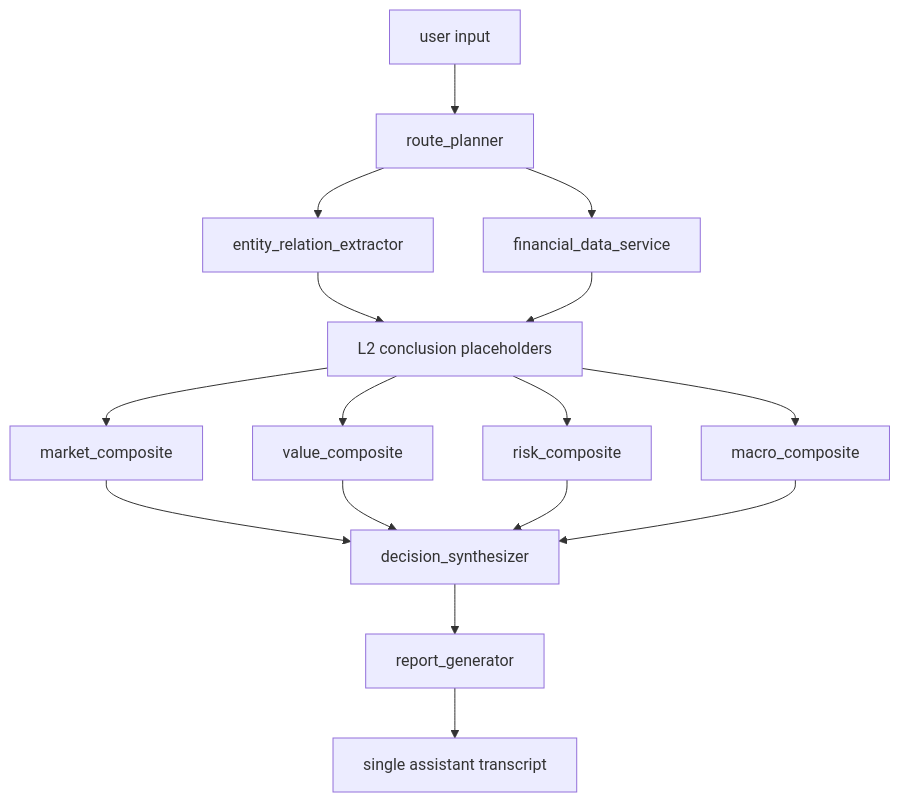
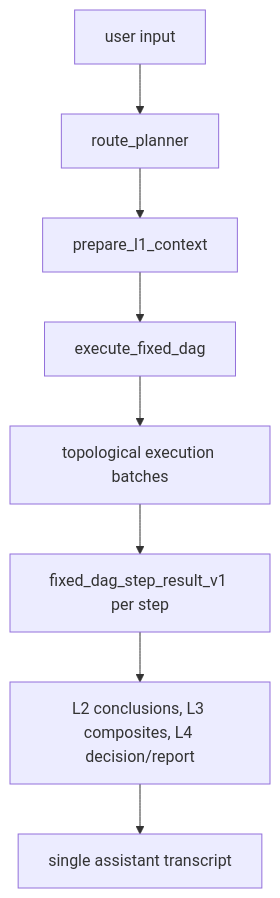
Before and after one commit to leephenix565/langgraph-my-agent: the diagram in docs/ARCHITECTURE_FIXED_DAG.md, drawn with Mermaid. The commit also changed other lines of this file and 32 other files, not shown here.

Commit message:
refactor(reset): add plan-driven fixed dag execution

````diff
--- a/docs/ARCHITECTURE_FIXED_DAG.md
+++ b/docs/ARCHITECTURE_FIXED_DAG.md
@@ -9,18 +9,10 @@
 ```mermaid
 flowchart TD
     A["user input"] --> B["route_planner"]
-    B --> C["entity_relation_extractor"]
-    B --> E["financial_data_service"]
-    C --> F["L2 conclusion placeholders"]
-    E --> F
-    F --> G["market_composite"]
-    F --> H["value_composite"]
-    F --> I["risk_composite"]
-    F --> J["macro_composite"]
-    G --> K["decision_synthesizer"]
-    H --> K
-    I --> K
-    J --> K
-    K --> L["report_generator"]
-    L --> M["single assistant transcript"]
+    B --> C["prepare_l1_context"]
+    C --> D["execute_fixed_dag"]
+    D --> E["topological execution batches"]
+    E --> F["fixed_dag_step_result_v1 per step"]
+    F --> G["L2 conclusions, L3 composites, L4 decision/report"]
+    G --> H["single assistant transcript"]
 ```
````
